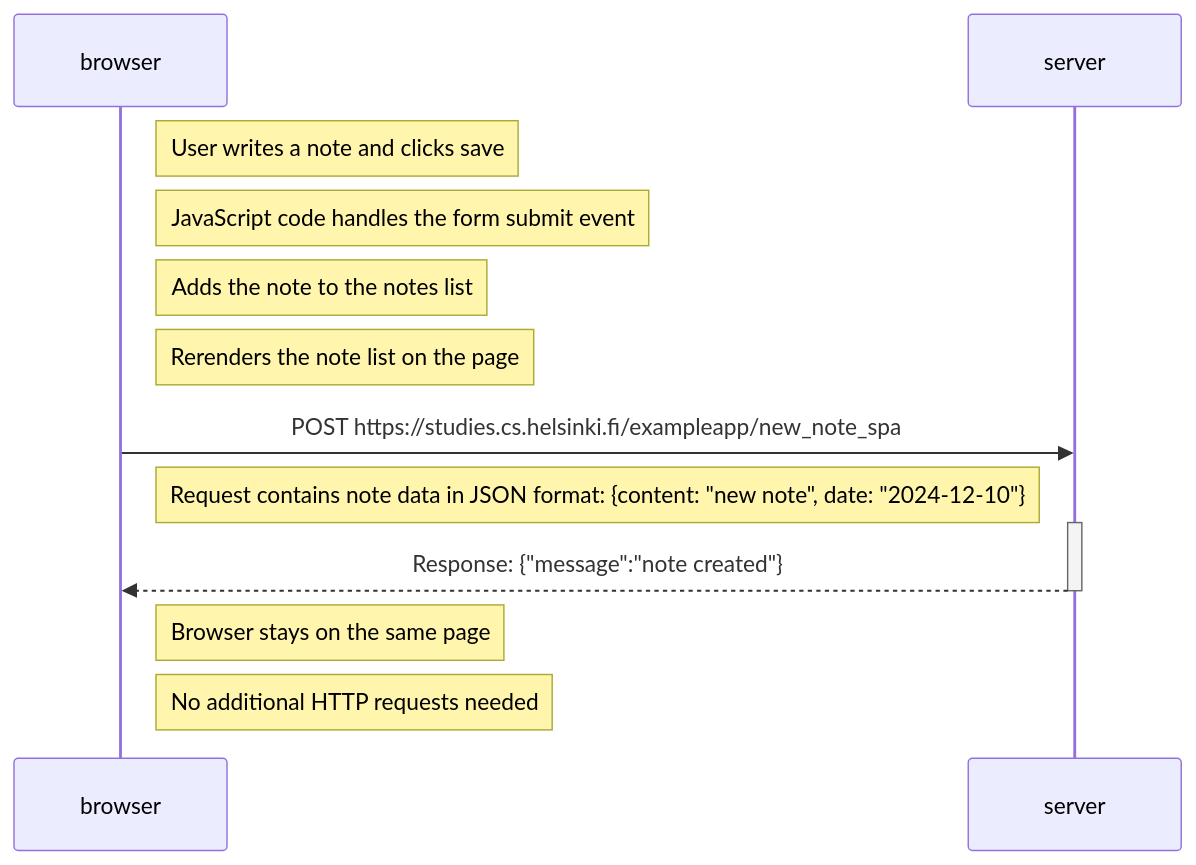
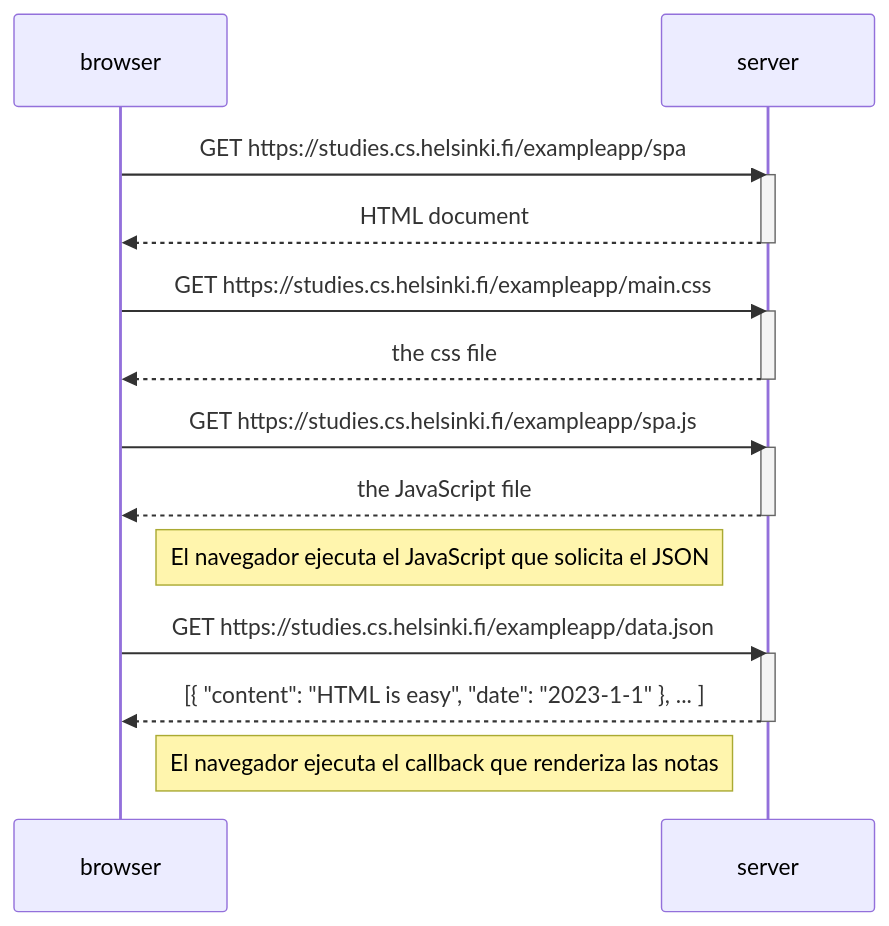
The diagram in part0/05.md (AmiiGood/fullstackopen-amiigood), drawn with Mermaid before and after one commit. The commit also changed 1 other file, not shown here.

Commit message:
part0/06

````diff
--- a/part0/05.md
+++ b/part0/05.md
@@ -1,19 +1,29 @@
 ```mermaid
 sequenceDiagram
-participant browser
-participant server
+    participant browser
+    participant server
 
-    Note right of browser: User writes a note and clicks save
-    Note right of browser: JavaScript code handles the form submit event
-    Note right of browser: Adds the note to the notes list
-    Note right of browser: Rerenders the note list on the page
-
-    browser->>server: POST https://studies.cs.helsinki.fi/exampleapp/new_note_spa
-    Note right of browser: Request contains note data in JSON format: {content: "new note", date: "2024-12-10"}
+    browser->>server: GET https://studies.cs.helsinki.fi/exampleapp/spa
     activate server
-    server-->>browser: Response: {"message":"note created"}
+    server-->>browser: HTML document
     deactivate server
 
-    Note right of browser: Browser stays on the same page
-    Note right of browser: No additional HTTP requests needed
+    browser->>server: GET https://studies.cs.helsinki.fi/exampleapp/main.css
+    activate server
+    server-->>browser: the css file
+    deactivate server
+
+    browser->>server: GET https://studies.cs.helsinki.fi/exampleapp/spa.js
+    activate server
+    server-->>browser: the JavaScript file
+    deactivate server
+
+    Note right of browser: El navegador ejecuta el JavaScript que solicita el JSON
+
+    browser->>server: GET https://studies.cs.helsinki.fi/exampleapp/data.json
+    activate server
+    server-->>browser: [{ "content": "HTML is easy", "date": "2023-1-1" }, ... ]
+    deactivate server
+
+    Note right of browser: El navegador ejecuta el callback que renderiza las notas
 ```
````
